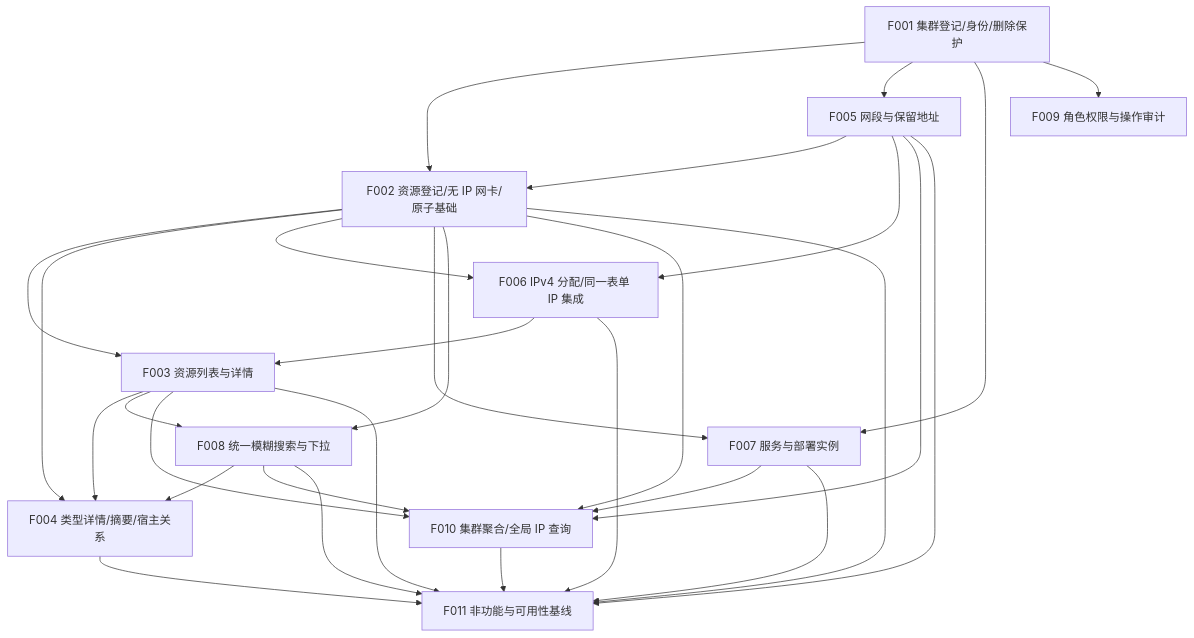
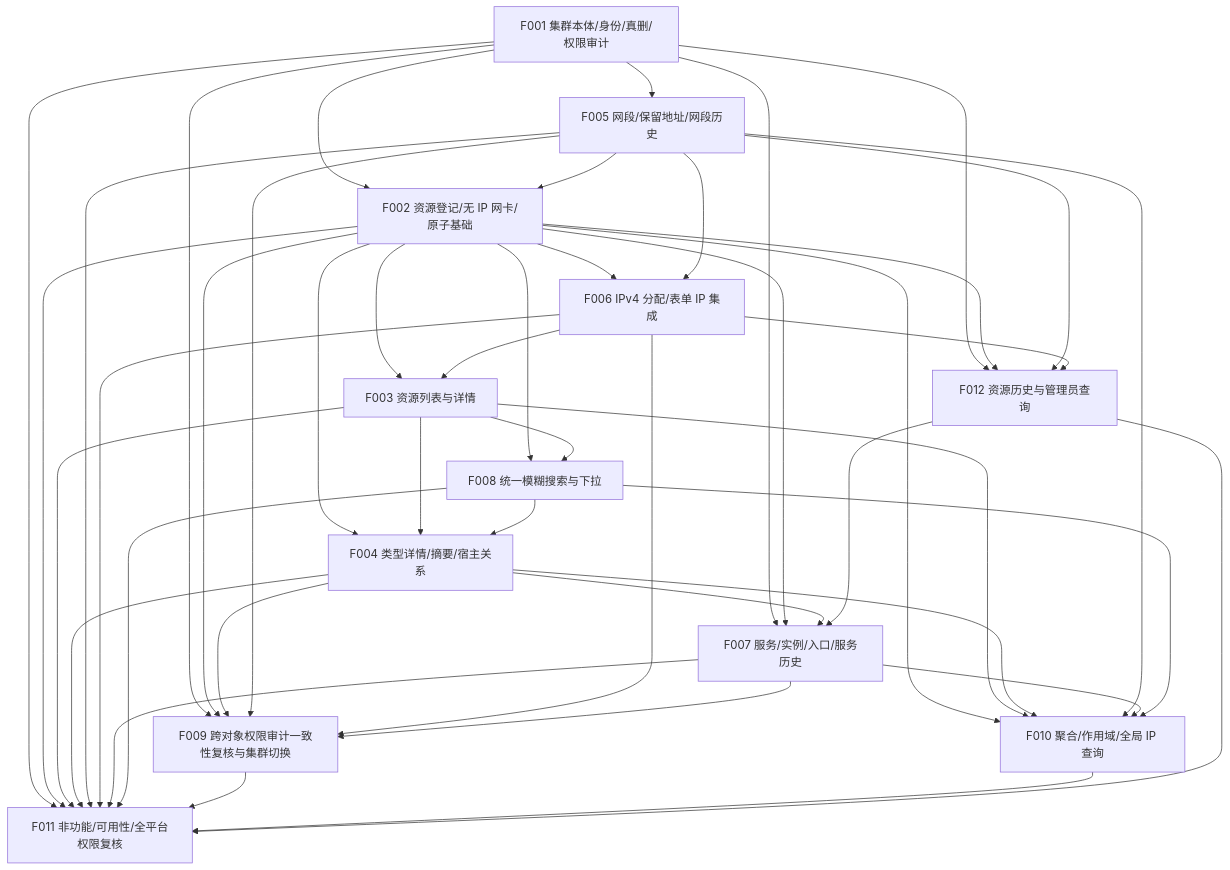
One commit to 47oo/csm changed the diagram in docs/project/dependency-map.md. Above: the diagram before and after it, drawn with Mermaid. The commit also changed other lines of this file and 3 other files, not shown here.

````diff
--- a/docs/project/dependency-map.md
+++ b/docs/project/dependency-map.md
@@ -48,43 +38,59 @@
 ```mermaid
 graph TD
-  F001[F001 集群登记/身份/删除保护]
+  F001[F001 集群本体/身份/真删/权限审计]
   F002[F002 资源登记/无 IP 网卡/原子基础]
   F003[F003 资源列表与详情]
   F004[F004 类型详情/摘要/宿主关系]
-  F005[F005 网段与保留地址]
-  F006[F006 IPv4 分配/同一表单 IP 集成]
-  F007[F007 服务与部署实例]
+  F005[F005 网段/保留地址/网段历史]
+  F006[F006 IPv4 分配/表单 IP 集成]
+  F007[F007 服务/实例/入口/服务历史]
   F008[F008 统一模糊搜索与下拉]
-  F009[F009 角色权限与操作审计]
-  F010[F010 集群聚合/全局 IP 查询]
-  F011[F011 非功能与可用性基线]
+  F009[F009 跨对象权限审计一致性复核与集群切换]
+  F010[F010 聚合/作用域/全局 IP 查询]
+  F011[F011 非功能/可用性/全平台权限复核]
+  F012[F012 资源历史与管理员查询]
 
   F001 --> F002
+  F005 --> F002
+  F002 --> F003
+  F006 --> F003
+  F002 --> F004
+  F003 --> F004
+  F008 --> F004
   F001 --> F005
+  F002 --> F006
+  F005 --> F006
   F001 --> F007
+  F002 --> F007
+  F004 --> F007
+  F012 --> F007
+  F002 --> F008
+  F003 --> F008
   F001 --> F009
-  F005 --> F002
-  F005 --> F006
+  F002 --> F009
+  F004 --> F009
+  F005 --> F009
+  F006 --> F009
+  F007 --> F009
+  F002 --> F010
+  F003 --> F010
+  F004 --> F010
   F005 --> F010
-  F002 --> F003
-  F002 --> F004
-  F002 --> F006
-  F002 --> F007
-  F002 --> F008
-  F002 --> F010
+  F007 --> F010
+  F008 --> F010
+  F001 --> F011
   F002 --> F011
-  F006 --> F003
-  F006 --> F011
-  F003 --> F004
-  F003 --> F008
-  F003 --> F010
   F003 --> F011
-  F008 --> F004
-  F008 --> F010
-  F008 --> F011
   F004 --> F011
   F005 --> F011
-  F007 --> F010
+  F006 --> F011
   F007 --> F011
+  F008 --> F011
+  F009 --> F011
   F010 --> F011
+  F012 --> F011
+  F001 --> F012
+  F002 --> F012
+  F005 --> F012
+  F006 --> F012
 ```
````
